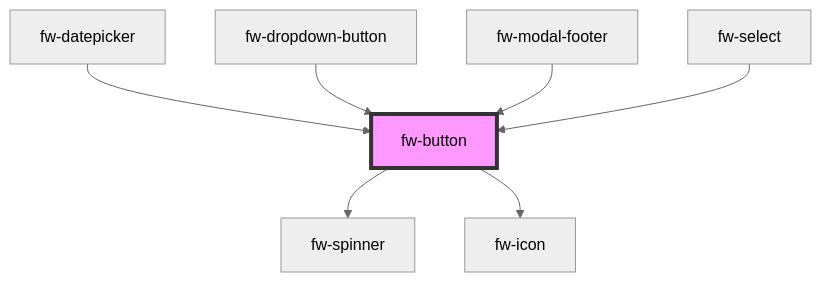
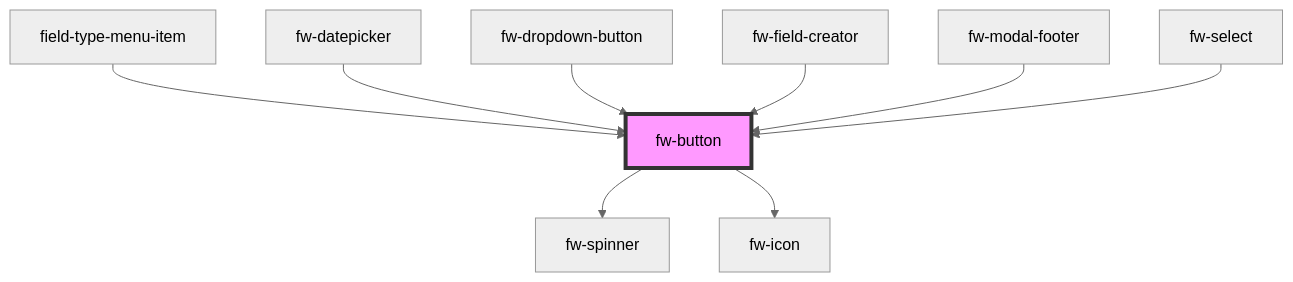
One commit to freshworks/crayons changed the diagram in packages/crayons-core/src/components/button/readme.md. Above: the diagram before and after it, drawn with Mermaid (neutral theme). The commit also changed other lines of this file and 13 other files, not shown here.

````diff
--- a/packages/crayons-core/src/components/button/readme.md
+++ b/packages/crayons-core/src/components/button/readme.md
@@ -312,10 +314,12 @@
 ```mermaid
 graph TD;
   fw-button --> fw-spinner
   fw-button --> fw-icon
+  field-type-menu-item --> fw-button
   fw-datepicker --> fw-button
   fw-dropdown-button --> fw-button
+  fw-field-creator --> fw-button
   fw-modal-footer --> fw-button
   fw-select --> fw-button
   style fw-button fill:#f9f,stroke:#333,stroke-width:4px
 ```
````
